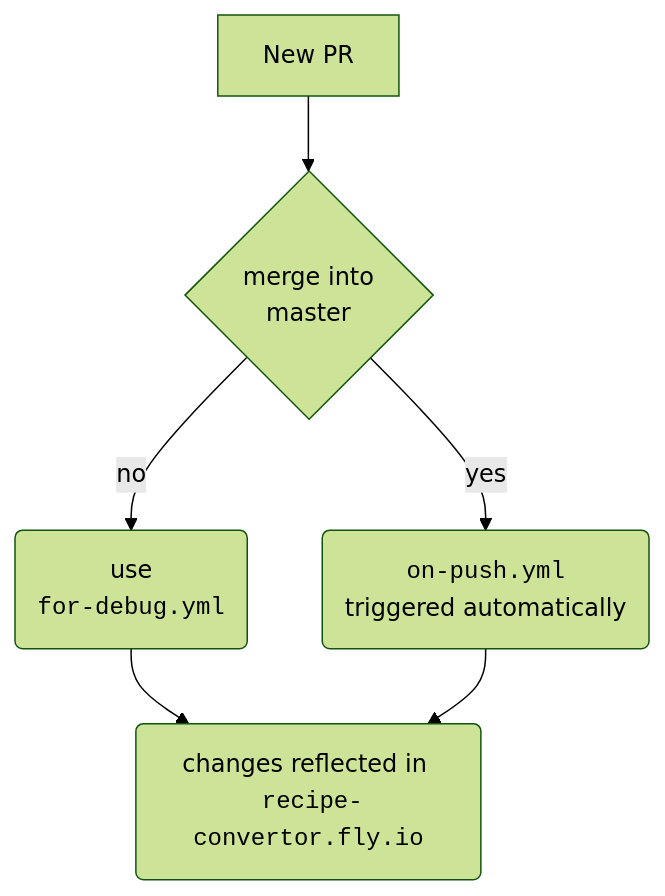
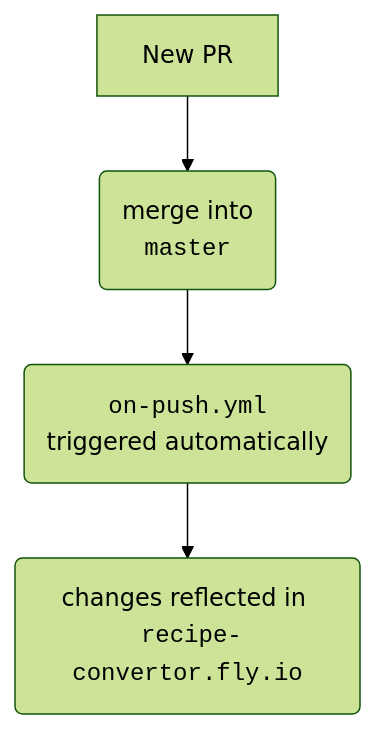
One commit to justinmklam/recipe-converter changed the diagram in README.md. Above: the diagram before and after it, drawn with Mermaid (forest theme).

Commit message:
Upate readme.md

````diff
--- a/README.md
+++ b/README.md
@@ -59,8 +59,6 @@
 ```mermaid
 graph TD
-    A[New PR] --> B{merge into <br> master}
-    B --> |no| C(use <br><code>for-debug.yml</code>)
-    B --> |yes| D(<code>on-push.yml</code> <br> triggered  automatically)
-    C --> E
-    D --> E(changes reflected in <br> <code>recipe-convertor.fly.io</code>)
+    A[New PR] --> B(merge into <br> <code>master</code>)
+    B --> C(<code>on-push.yml</code> <br> triggered automatically)
+    C --> D(changes reflected in <br> <code>recipe-convertor.fly.io</code>)
 ```
````
